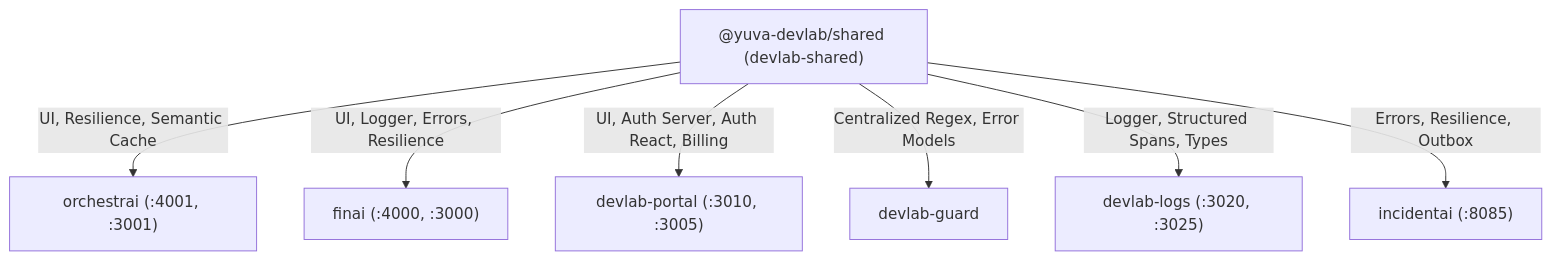
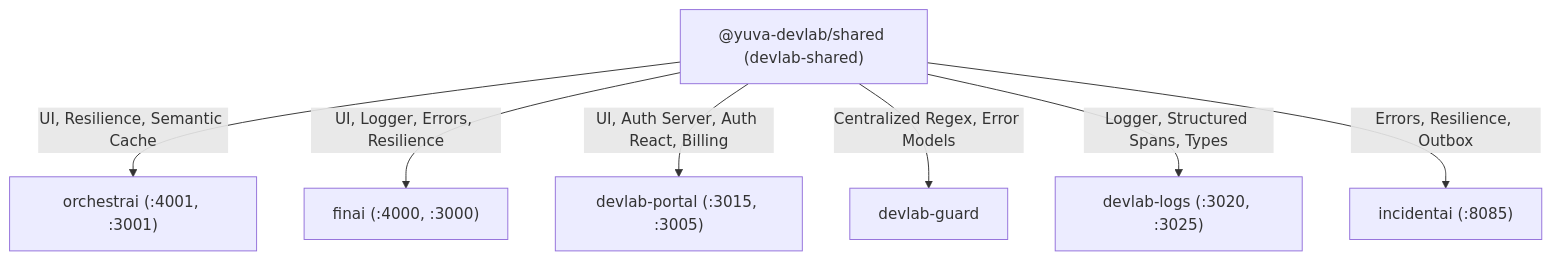
The diagram in PROJECT_INFO.md (yuvadevlab/devlab-shared), drawn with Mermaid before and after one commit.

Commit message:
docs(docs): update portal endpoint port to 3015 in documentation

````diff
--- a/PROJECT_INFO.md
+++ b/PROJECT_INFO.md
@@ -135,18 +135,18 @@
 ```mermaid
 graph TD
     Shared["@yuva-devlab/shared (devlab-shared)"]
 
     OrchestrAI["orchestrai (:4001, :3001)"]
     FinAI["finai (:4000, :3000)"]
-    Portal["devlab-portal (:3010, :3005)"]
+    Portal["devlab-portal (:3015, :3005)"]
     Guard["devlab-guard"]
     Logs["devlab-logs (:3020, :3025)"]
     IncidentAI["incidentai (:8085)"]
 
     Shared -->|"UI, Resilience, Semantic Cache"| OrchestrAI
     Shared -->|"UI, Logger, Errors, Resilience"| FinAI
     Shared -->|"UI, Auth Server, Auth React, Billing"| Portal
     Shared -->|"Centralized Regex, Error Models"| Guard
     Shared -->|"Logger, Structured Spans, Types"| Logs
     Shared -->|"Errors, Resilience, Outbox"| IncidentAI
 ```
````
